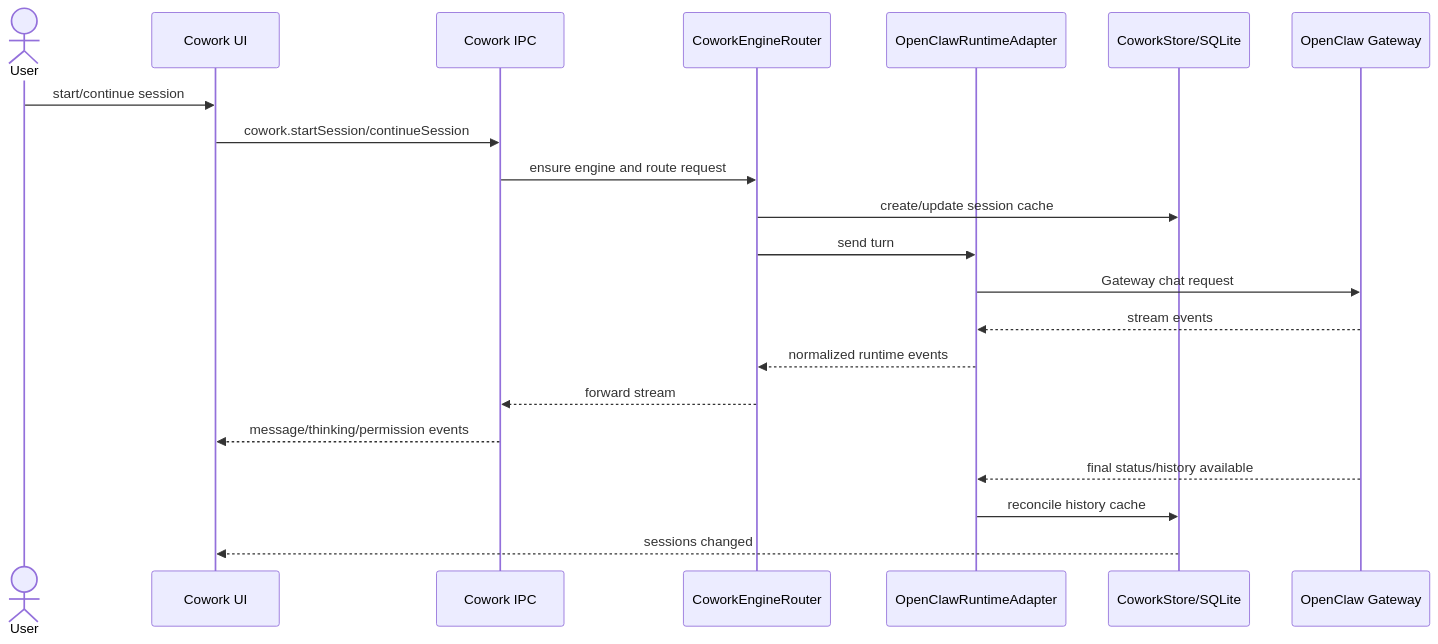
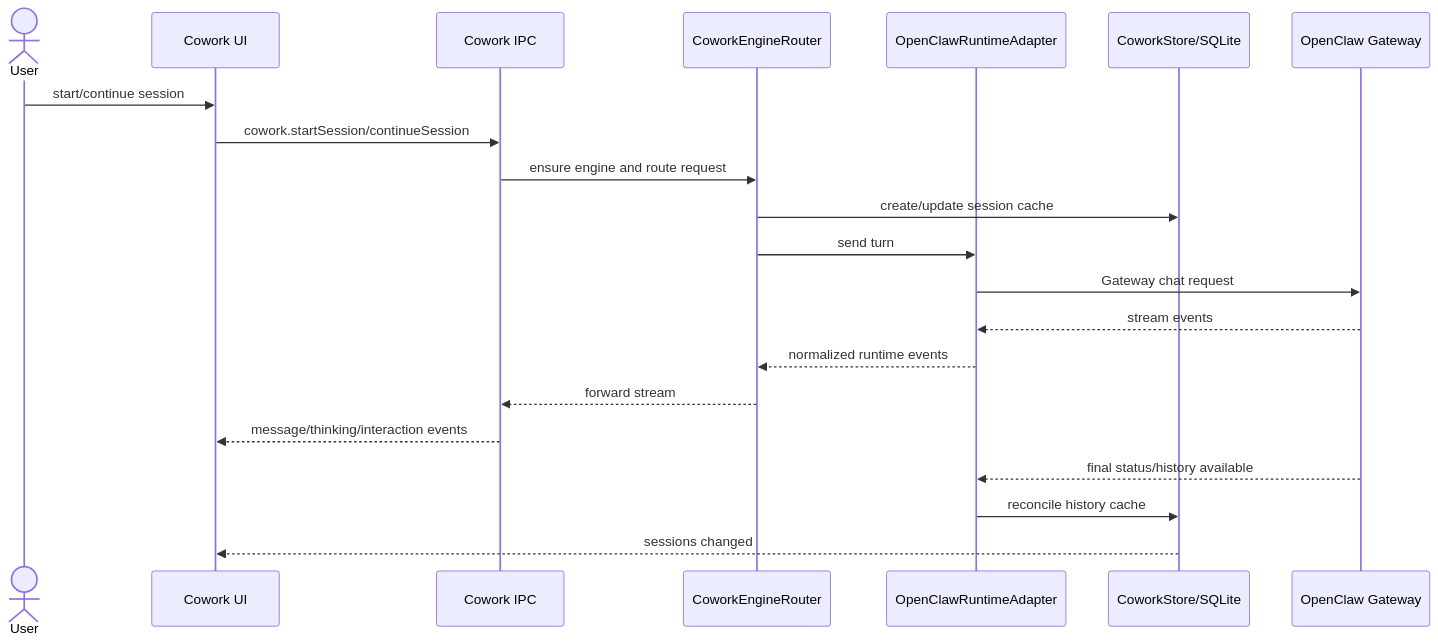
Before and after one commit to liangxhao/JustDo: the first of 3 diagrams in docs/architecture/04-cowork-system.md, drawn with Mermaid. The commit also changed other lines of this file and 38 other files, not shown here.

Commit message:
refactor(cowork): replace permission flow with interactions

````diff
--- a/docs/architecture/04-cowork-system.md
+++ b/docs/architecture/04-cowork-system.md
@@ -21,24 +21,24 @@
 ```mermaid
 sequenceDiagram
   actor User
   participant UI as Cowork UI
   participant IPC as Cowork IPC
   participant Router as CoworkEngineRouter
   participant Adapter as OpenClawRuntimeAdapter
   participant Store as CoworkStore/SQLite
   participant GW as OpenClaw Gateway
 
   User->>UI: start/continue session
   UI->>IPC: cowork.startSession/continueSession
   IPC->>Router: ensure engine and route request
   Router->>Store: create/update session cache
   Router->>Adapter: send turn
   Adapter->>GW: Gateway chat request
   GW-->>Adapter: stream events
   Adapter-->>Router: normalized runtime events
   Router-->>IPC: forward stream
-  IPC-->>UI: message/thinking/permission events
+  IPC-->>UI: message/thinking/interaction events
   GW-->>Adapter: final status/history available
   Adapter->>Store: reconcile history cache
   Store-->>UI: sessions changed
 ```
````
